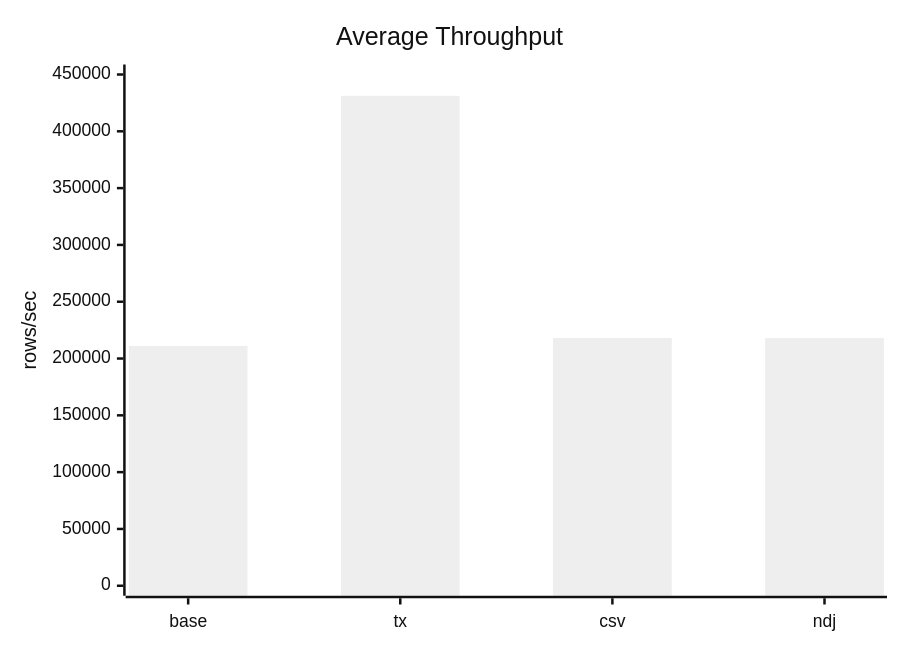
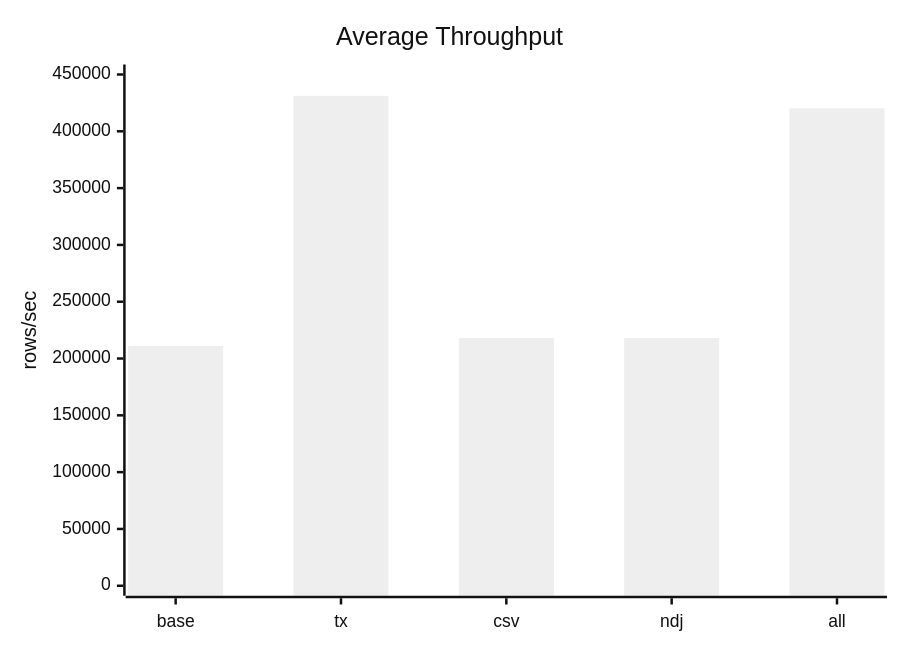
The first of 6 diagrams in METRICS.md (Raynhardt-Van-Zyl/noda-interview), drawn with Mermaid (neutral theme) before and after one commit. The commit also changed other lines of this file, not shown here.

````diff
--- a/METRICS.md
+++ b/METRICS.md
@@ -69,7 +72,7 @@
 ```mermaid
 xychart-beta
     title "Average Throughput"
-    x-axis ["base", "tx", "csv", "ndj"]
+    x-axis ["base", "tx", "csv", "ndj", "all"]
     y-axis "rows/sec" 0 --> 450000
-    bar [211112, 431257, 218103, 217979]
+    bar [211112, 431257, 218103, 217979, 420240]
 ```
````
